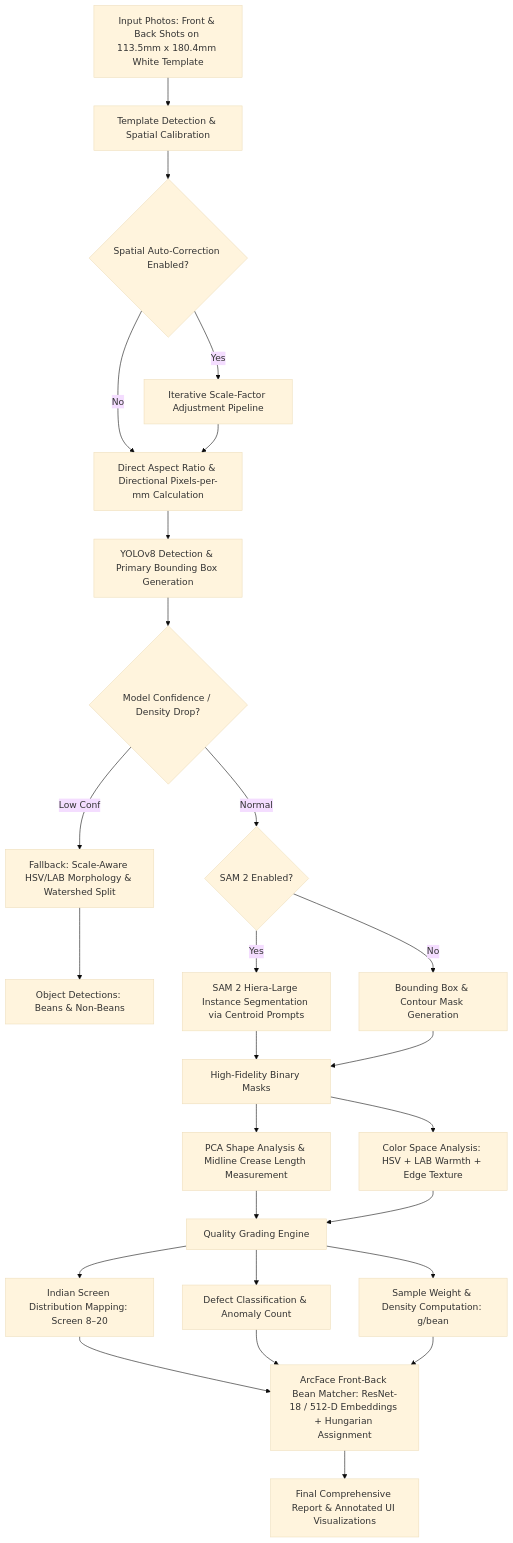
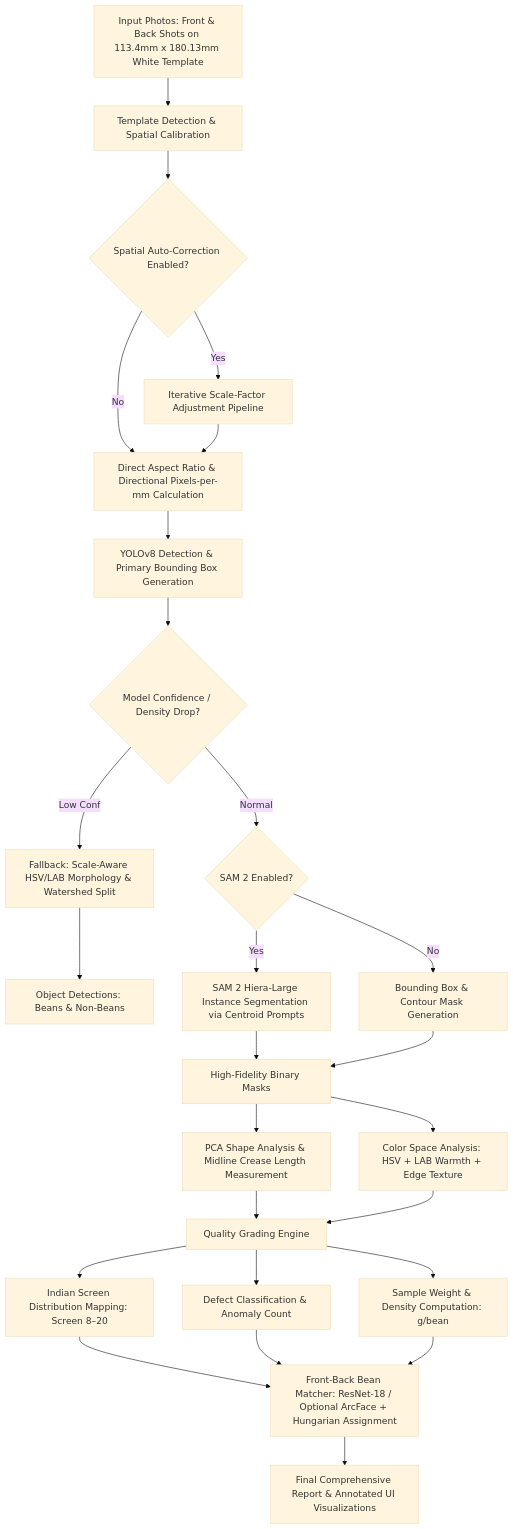
One commit to Bhagat2678/coffee-bean changed the diagram in reports/technical_synopsis.md. Above: the diagram before and after it, drawn with Mermaid (base theme). The commit also changed other lines of this file and 1 other file, not shown here.

Commit message:
docs: sync README and technical synopsis calibration details

````diff
--- a/reports/technical_synopsis.md
+++ b/reports/technical_synopsis.md
@@ -5,25 +5,25 @@
 ```mermaid
 flowchart TD
-    A[Input Photos: Front & Back Shots on 113.5mm x 180.4mm White Template] --> B[Template Detection & Spatial Calibration]
+    A[Input Photos: Front & Back Shots on 113.4mm x 180.13mm White Template] --> B[Template Detection & Spatial Calibration]
     B --> C{Spatial Auto-Correction Enabled?}
     C -- Yes --> D[Iterative Scale-Factor Adjustment Pipeline]
     C -- No --> E[Direct Aspect Ratio & Directional Pixels-per-mm Calculation]
     D --> E
     E --> F[YOLOv8 Detection & Primary Bounding Box Generation]
     F --> G{Model Confidence / Density Drop?}
     G -- Low Conf --> H[Fallback: Scale-Aware HSV/LAB Morphology & Watershed Split]
     G -- Normal --> I{SAM 2 Enabled?}
     H --> J[Object Detections: Beans & Non-Beans]
     I -- Yes --> K[SAM 2 Hiera-Large Instance Segmentation via Centroid Prompts]
     I -- No --> L[Bounding Box & Contour Mask Generation]
     K --> M[High-Fidelity Binary Masks]
     L --> M
     M --> N[PCA Shape Analysis & Midline Crease Length Measurement]
     M --> O[Color Space Analysis: HSV + LAB Warmth + Edge Texture]
     N & O --> P[Quality Grading Engine]
     P --> Q[Indian Screen Distribution Mapping: Screen 8–20]
     P --> R[Defect Classification & Anomaly Count]
     P --> S[Sample Weight & Density Computation: g/bean]
-    Q & R & S --> T[ArcFace Front-Back Bean Matcher: ResNet-18 / 512-D Embeddings + Hungarian Assignment]
+    Q & R & S --> T[Front-Back Bean Matcher: ResNet-18 / Optional ArcFace + Hungarian Assignment]
     T --> U[Final Comprehensive Report & Annotated UI Visualizations]
 ```
````
